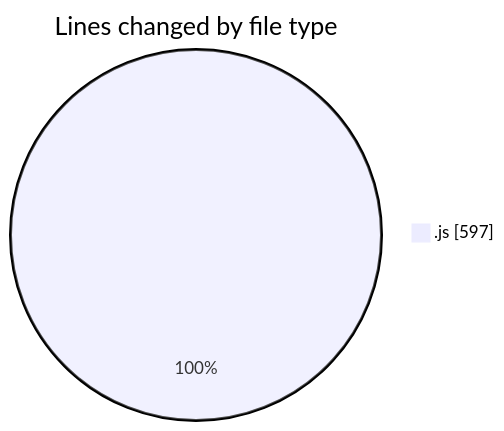
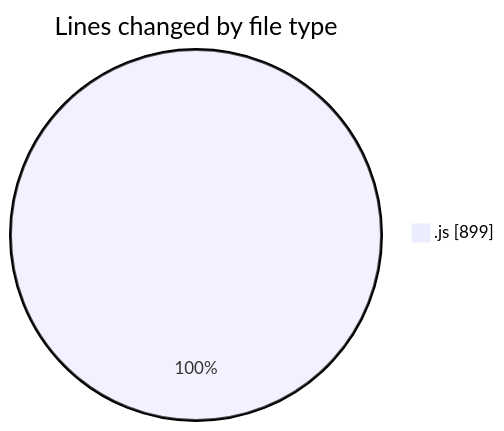
The first of 2 diagrams in 2025-04-16/nxtqube_webapp/README.md (nxtqubesakshisongat/code-tracking), drawn with Mermaid before and after one commit. The commit also changed other lines of this file and 1 other file, not shown here.

````diff
--- a/2025-04-16/nxtqube_webapp/README.md
+++ b/2025-04-16/nxtqube_webapp/README.md
@@ -21,5 +21,5 @@
 ```mermaid
 pie showData
 title Lines changed by file type
-".js" : 597
+".js" : 899
 ```
````
